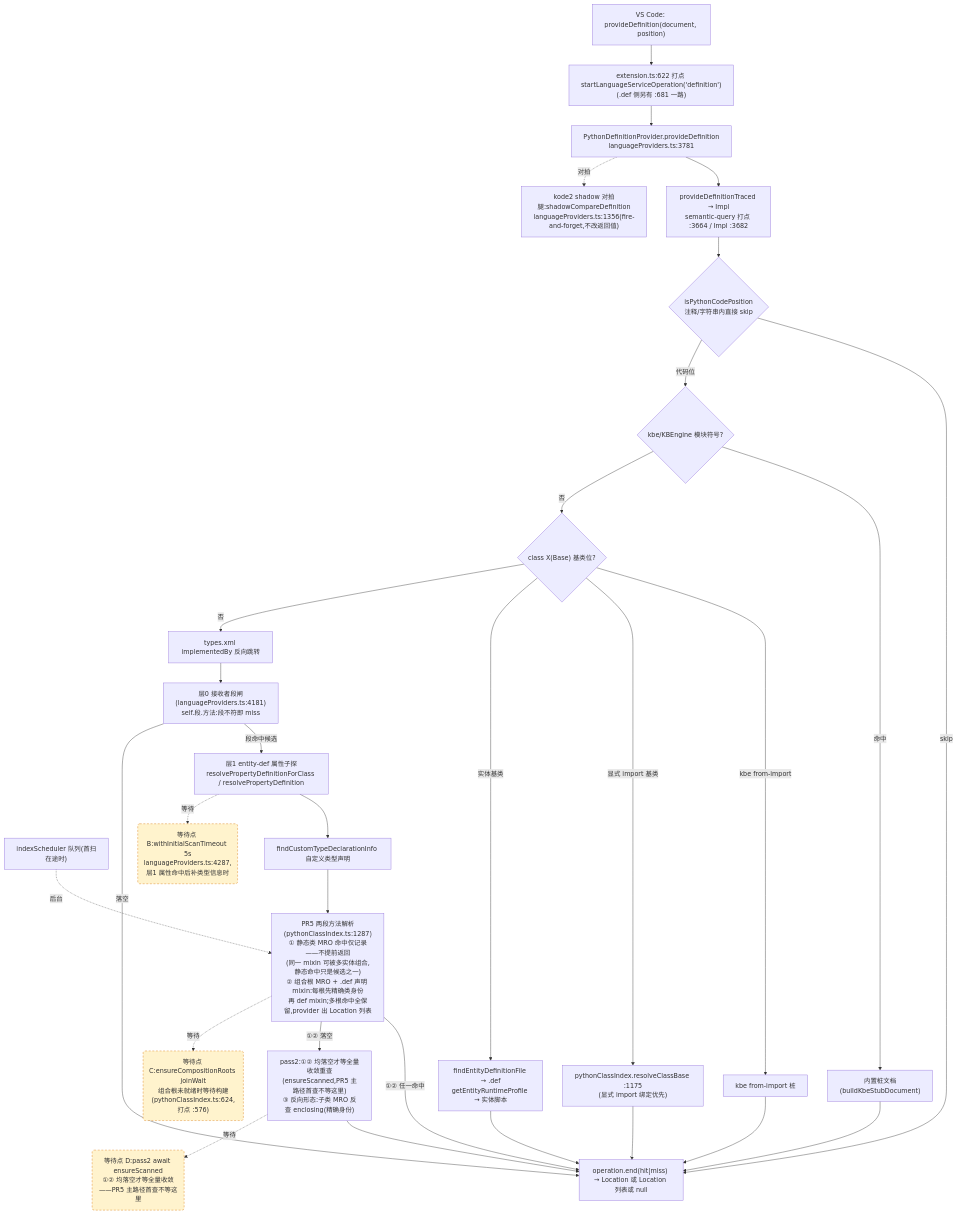
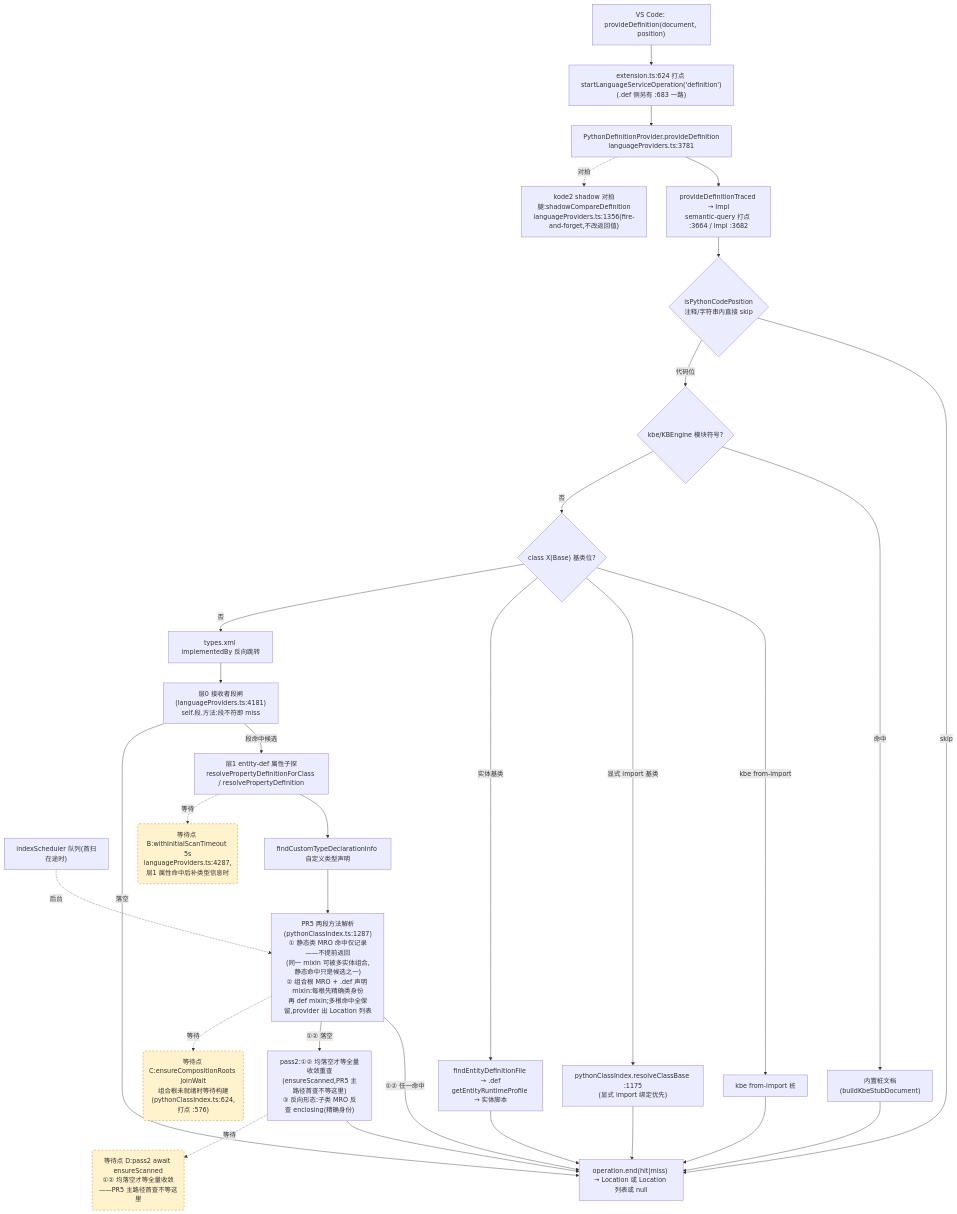
One commit to cuihairu/kode changed the second of 4 diagrams in docs/perf/2026-baseline.md. Above: the diagram before and after it, drawn with Mermaid. The commit also changed other lines of this file and 6 other files, not shown here.

````diff
--- a/docs/perf/2026-baseline.md
+++ b/docs/perf/2026-baseline.md
@@ -130,51 +130,51 @@
 ```mermaid
 flowchart TD
   VC2["VS Code: provideDefinition(document, position)"]
-  M2["extension.ts:622 打点 startLanguageServiceOperation('definition')<br/>(.def 侧另有 :681 一路)"]
+  M2["extension.ts:624 打点 startLanguageServiceOperation('definition')<br/>(.def 侧另有 :683 一路)"]
   AD2["PythonDefinitionProvider.provideDefinition<br/>languageProviders.ts:3781"]
   TR["provideDefinitionTraced → Impl<br/>semantic-query 打点 :3664 / Impl :3682"]
   CTX{"isPythonCodePosition<br/>注释/字符串内直接 skip"}
   KBE{"kbe/KBEngine 模块符号?"}
   STUB["内置桩文档(buildKbeStubDocument)"]
   CB{"class X(Base) 基类位?"}
   CB1["kbe from-import 桩"]
   CB2["pythonClassIndex.resolveClassBase :1175<br/>(显式 import 绑定优先)"]
   CB3["findEntityDefinitionFile → .def<br/>getEntityRuntimeProfile → 实体脚本"]
   REV["types.xml implementedBy 反向跳转"]
   L0["层0 接收者段闸(languageProviders.ts:4181)<br/>self.段.方法:段不符即 miss"]
   L1["层1 entity-def 属性子探<br/>resolvePropertyDefinitionForClass / resolvePropertyDefinition"]
   SCAN["indexScheduler 队列(首扫在途时)"]
   TY["findCustomTypeDeclarationInfo 自定义类型声明"]
   MRO["PR5 两段方法解析(pythonClassIndex.ts:1287)<br/>① 静态类 MRO 命中仅记录——不提前返回<br/>(同一 mixin 可被多实体组合,静态命中只是候选之一)<br/>② 组合根 MRO + .def 声明 mixin:每根先精确类身份<br/>再 def mixin;多根命中全保留,provider 出 Location 列表"]
   PASS2["pass2:①② 均落空才等全量收敛重查<br/>(ensureScanned,PR5 主路径首查不等这里)<br/>③ 反向形态:子类 MRO 反查 enclosing(精确身份)"]
   SHD["kode2 shadow 对拍腿:shadowCompareDefinition<br/>languageProviders.ts:1356(fire-and-forget,不改返回值)"]
   END2["operation.end(hit|miss) → Location 或 Location 列表或 null"]
 
   VC2 --> M2 --> AD2 --> TR --> CTX
   CTX -- "skip" --> END2
   CTX -- "代码位" --> KBE
   KBE -- "命中" --> STUB --> END2
   KBE -- "否" --> CB
   CB -- "kbe from-import" --> CB1 --> END2
   CB -- "显式 import 基类" --> CB2 --> END2
   CB -- "实体基类" --> CB3 --> END2
   CB -- "否" --> REV --> L0
   L0 -- "段命中候选" --> L1
   L0 -- "落空" --> END2
   L1 --> TY
   TY --> MRO
   MRO -- "①② 任一命中" --> END2
   MRO -- "①② 落空" --> PASS2 --> END2
   AD2 -.->|对拍| SHD
 
   WAITB("等待点 B:withInitialScanTimeout 5s<br/>languageProviders.ts:4287,层1 属性命中后补类型信息时")
   WAITC("等待点 C:ensureCompositionRoots joinWait<br/>组合根未就绪时等待构建(pythonClassIndex.ts:624,打点 :576)")
   WAITD("等待点 D:pass2 await ensureScanned<br/>①② 均落空才等全量收敛——PR5 主路径首查不等这里")
   L1 -.->|等待| WAITB
   MRO -.->|等待| WAITC
   PASS2 -.->|等待| WAITD
   SCAN -.->|后台| MRO
 
   classDef waitPoint fill:#fff3cd,stroke:#d97706,stroke-dasharray:5 4;
   class WAITB,WAITC,WAITD waitPoint;
 ```
````
